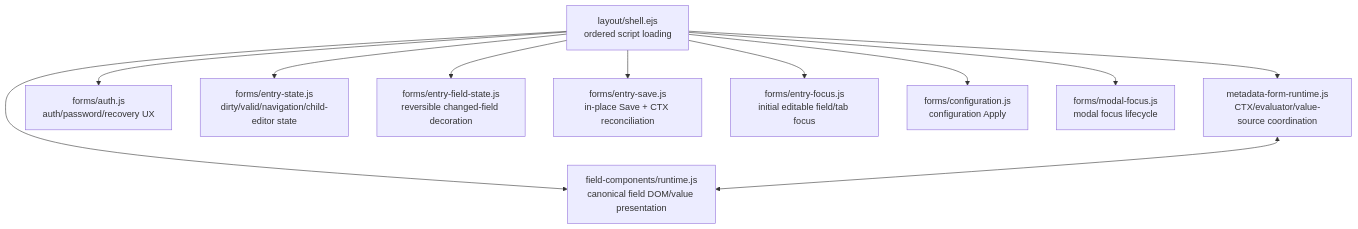
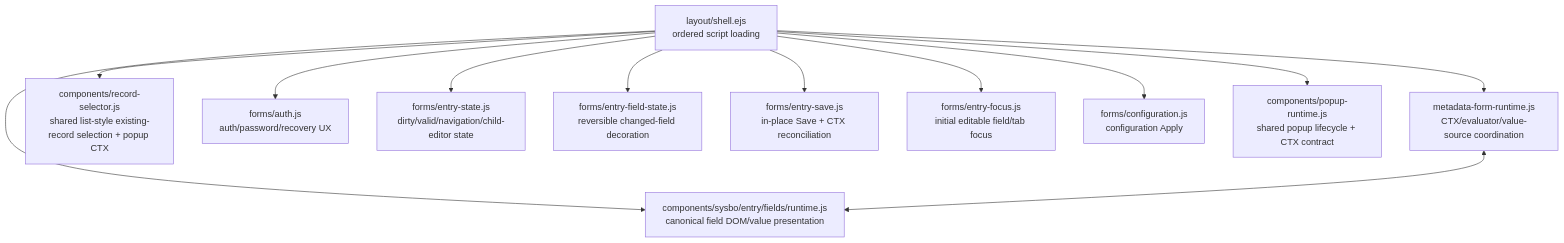
Before and after one commit to ymanatos1/ManatOS: the second of 5 diagrams in docs/ui/UI-Architecture.md, drawn with Mermaid. The commit also changed other lines of this file and 143 other files, not shown here.

First line of the commit message:
refactor(ui): reorganize component architecture and standardize popup/CTX behavior

````diff
--- a/docs/ui/UI-Architecture.md
+++ b/docs/ui/UI-Architecture.md
@@ -84,34 +84,37 @@
 ```mermaid
 flowchart TB
     SHELL[layout/shell.ejs
 ordered script loading]
     META[metadata-form-runtime.js
 CTX/evaluator/value-source coordination]
-    FIELD[field-components/runtime.js
+    FIELD[components/sysbo/entry/fields/runtime.js
 canonical field DOM/value presentation]
+    SELECTOR[components/record-selector.js
+shared list-style existing-record selection + popup CTX]
     AUTH[forms/auth.js
 auth/password/recovery UX]
     STATE[forms/entry-state.js
 dirty/valid/navigation/child-editor state]
     FSTATE[forms/entry-field-state.js
 reversible changed-field decoration]
     SAVE[forms/entry-save.js
 in-place Save + CTX reconciliation]
     FOCUS[forms/entry-focus.js
 initial editable field/tab focus]
     CONFIG[forms/configuration.js
 configuration Apply]
-    MODAL[forms/modal-focus.js
-modal focus lifecycle]
+    MODAL[components/popup-runtime.js
+shared popup lifecycle + CTX contract]
 
     SHELL --> META
     SHELL --> FIELD
+    SHELL --> SELECTOR
     SHELL --> AUTH
     SHELL --> STATE
     SHELL --> FSTATE
     SHELL --> SAVE
     SHELL --> FOCUS
     SHELL --> CONFIG
     SHELL --> MODAL
     META <--> FIELD
 ```
````
